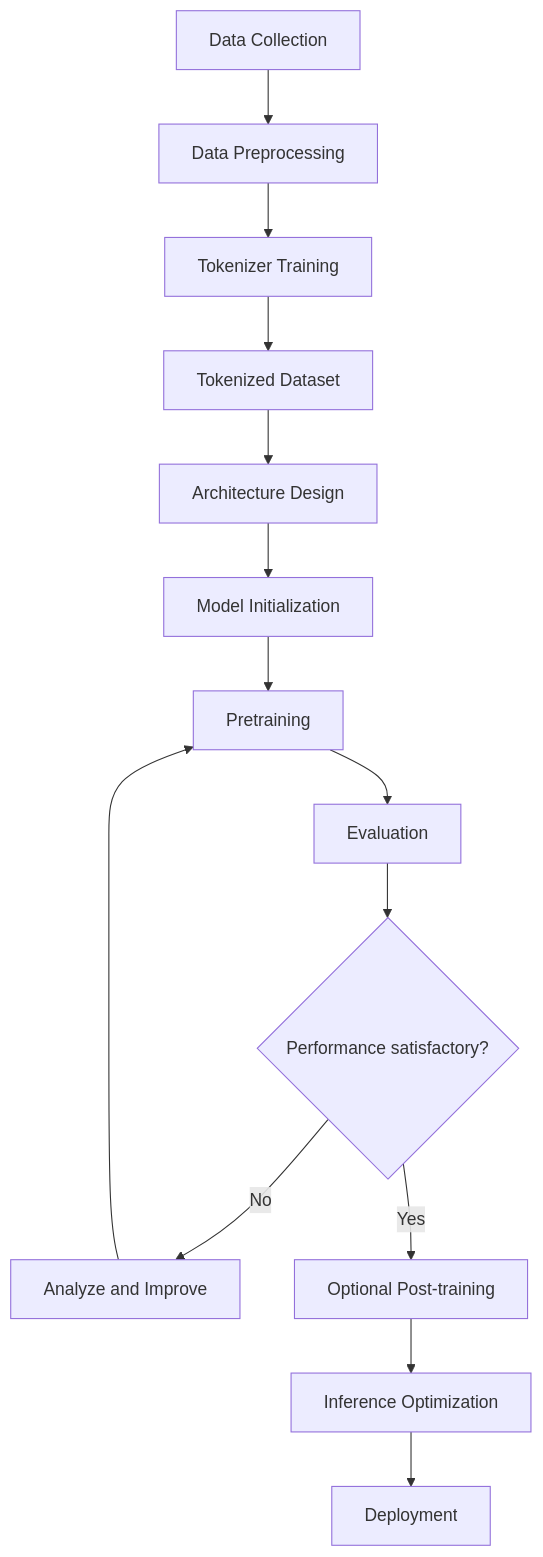
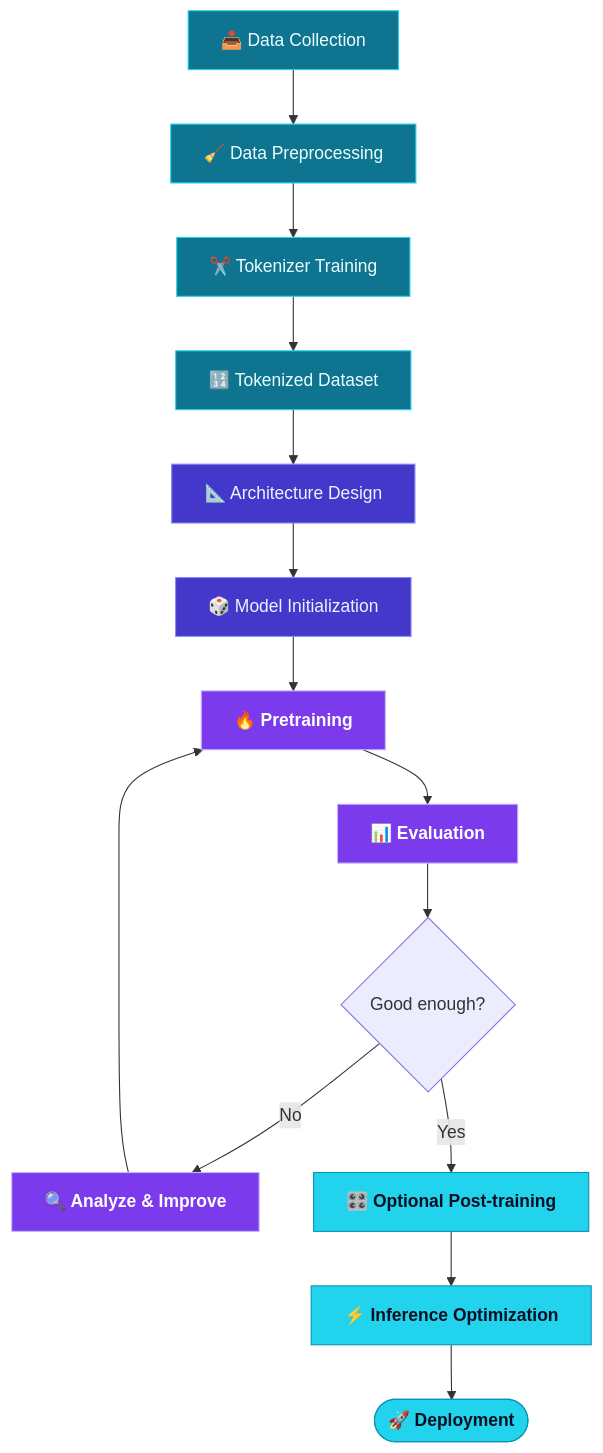
The second of 6 diagrams in intro-to-slms.md (Krishil-Parikh/all-about-slms), drawn with Mermaid before and after one commit. The commit also changed other lines of this file, not shown here.

````diff
--- a/intro-to-slms.md
+++ b/intro-to-slms.md
@@ -367,16 +447,25 @@
 ```mermaid
 flowchart TD
-    A["Data Collection"] --> B["Data Preprocessing"]
-    B --> C["Tokenizer Training"]
-    C --> D["Tokenized Dataset"]
-    D --> E["Architecture Design"]
-    E --> F["Model Initialization"]
-    F --> G["Pretraining"]
-    G --> H["Evaluation"]
-    H --> I{"Performance satisfactory?"}
-    I -->|No| J["Analyze and Improve"]
+    A["📥 Data Collection"] --> B["🧹 Data Preprocessing"]
+    B --> C["✂️ Tokenizer Training"]
+    C --> D["🔢 Tokenized Dataset"]
+    D --> E["📐 Architecture Design"]
+    E --> F["🎲 Model Initialization"]
+    F --> G["🔥 Pretraining"]
+    G --> H["📊 Evaluation"]
+    H --> I{"Good enough?"}
+    I -->|No| J["🔍 Analyze & Improve"]
     J --> G
-    I -->|Yes| K["Optional Post-training"]
-    K --> L["Inference Optimization"]
-    L --> M["Deployment"]
+    I -->|Yes| K["🎛️ Optional Post-training"]
+    K --> L["⚡ Inference Optimization"]
+    L --> M(["🚀 Deployment"])
+
+    classDef data fill:#0e7490,stroke:#22d3ee,color:#ecfeff
+    classDef arch fill:#4338ca,stroke:#818cf8,color:#eef2ff
+    classDef train fill:#7c3aed,stroke:#c4b5fd,color:#ffffff,font-weight:bold
+    classDef ship fill:#22d3ee,stroke:#0891b2,color:#0b1020,font-weight:bold
+    class A,B,C,D data
+    class E,F arch
+    class G,H,J train
+    class K,L,M ship
 ```
````
